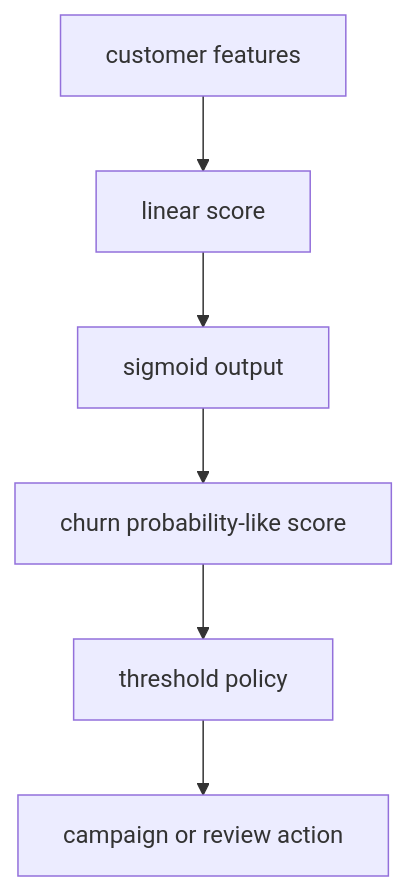
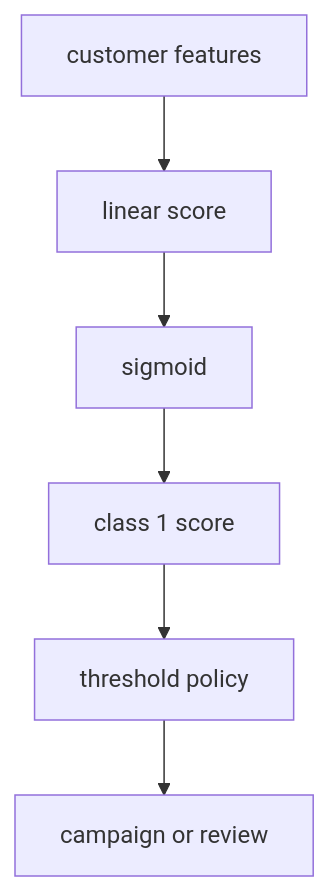
Before and after one commit to devchan64/AiBook: the second of 2 diagrams in docs/parts/part-04/chapter-11/section-01.md, drawn with Mermaid. The commit also changed other lines of this file and 8 other files, not shown here.

````diff
--- a/docs/parts/part-04/chapter-11/section-01.md
+++ b/docs/parts/part-04/chapter-11/section-01.md
@@ -323,11 +332,11 @@
 ```mermaid
 flowchart TD
   A["customer features"]
   B["linear score"]
-  C["sigmoid output"]
-  D["churn probability-like score"]
+  C["sigmoid"]
+  D["class 1 score"]
   E["threshold policy"]
-  F["campaign or review action"]
+  F["campaign or review"]
 
   A --> B --> C --> D --> E --> F
 ```
````
